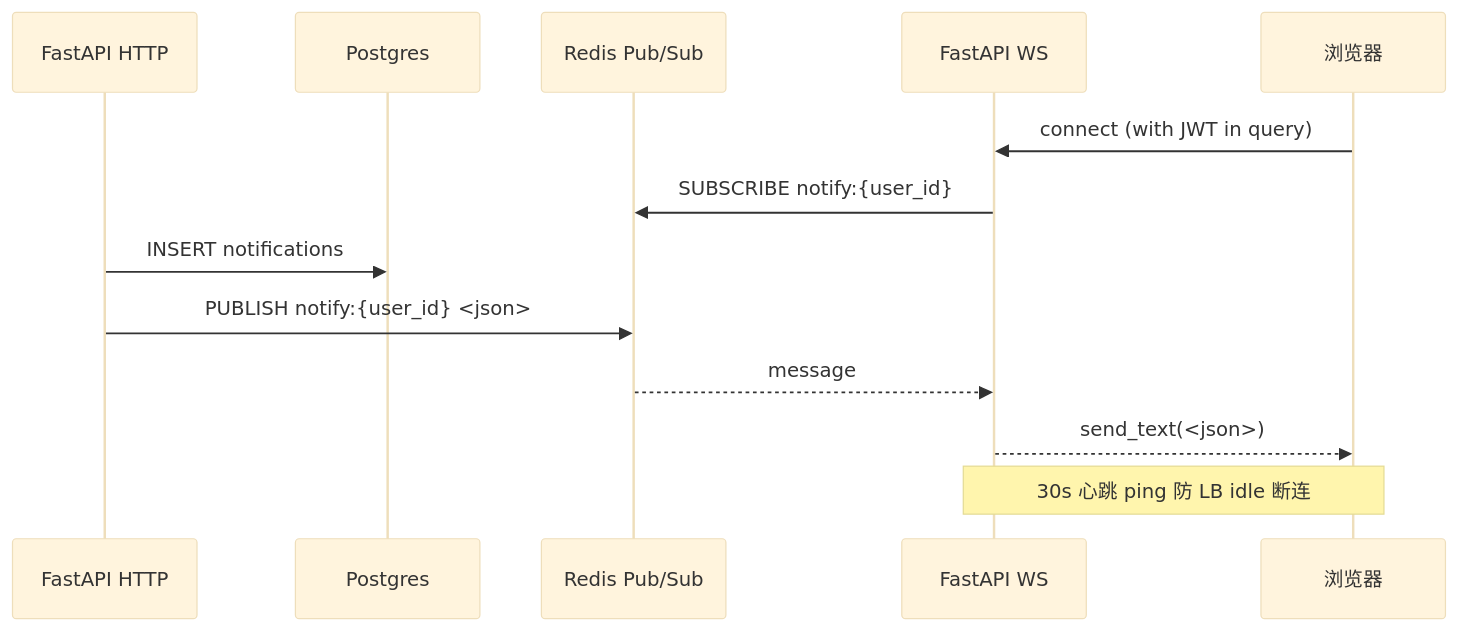
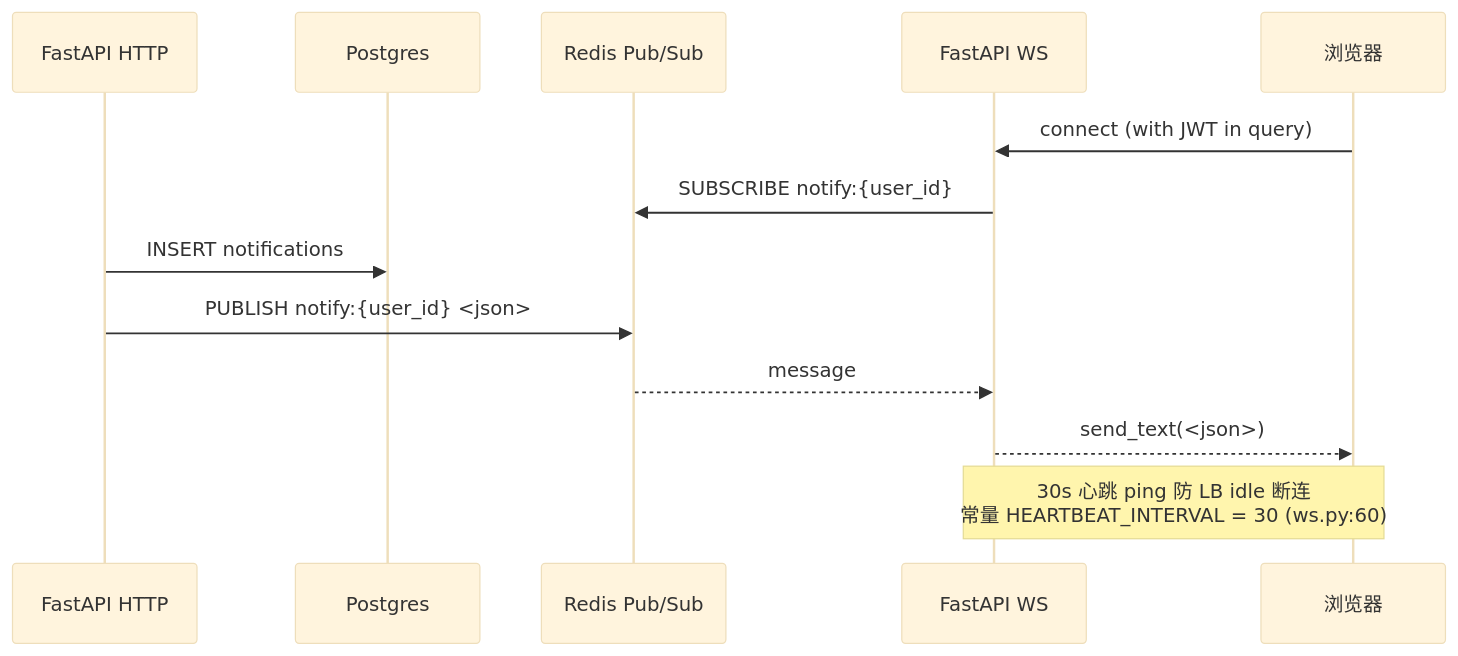
The first of 2 diagrams in docs-site/dev/reference/ws-protocol.md (yyq19990828/ai-annotation-platform), drawn with Mermaid (base theme) before and after one commit. The commit also changed other lines of this file and 14 other files, not shown here.

````diff
--- a/docs-site/dev/reference/ws-protocol.md
+++ b/docs-site/dev/reference/ws-protocol.md
@@ -17,16 +17,16 @@
 ```mermaid
 sequenceDiagram
     participant API as FastAPI HTTP
     participant DB as Postgres
     participant Pub as Redis Pub/Sub
     participant WS as FastAPI WS
     participant Web as 浏览器
 
     Web->>WS: connect (with JWT in query)
     WS->>Pub: SUBSCRIBE notify:{user_id}
     API->>DB: INSERT notifications
     API->>Pub: PUBLISH notify:{user_id} <json>
     Pub-->>WS: message
     WS-->>Web: send_text(<json>)
-    Note over WS,Web: 30s 心跳 ping 防 LB idle 断连
+    Note over WS,Web: 30s 心跳 ping 防 LB idle 断连<br/>常量 HEARTBEAT_INTERVAL = 30 (ws.py:60)
 ```
````
